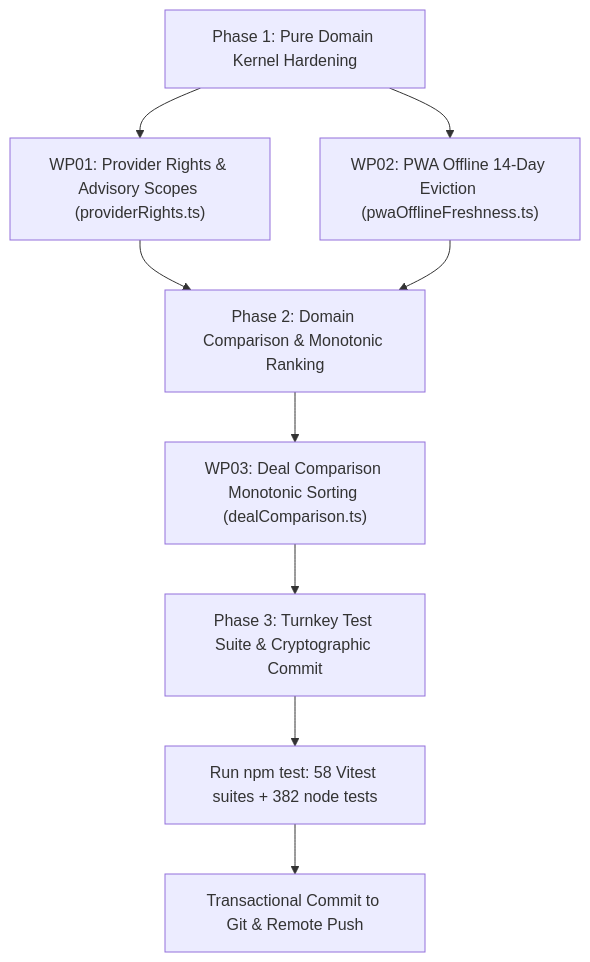
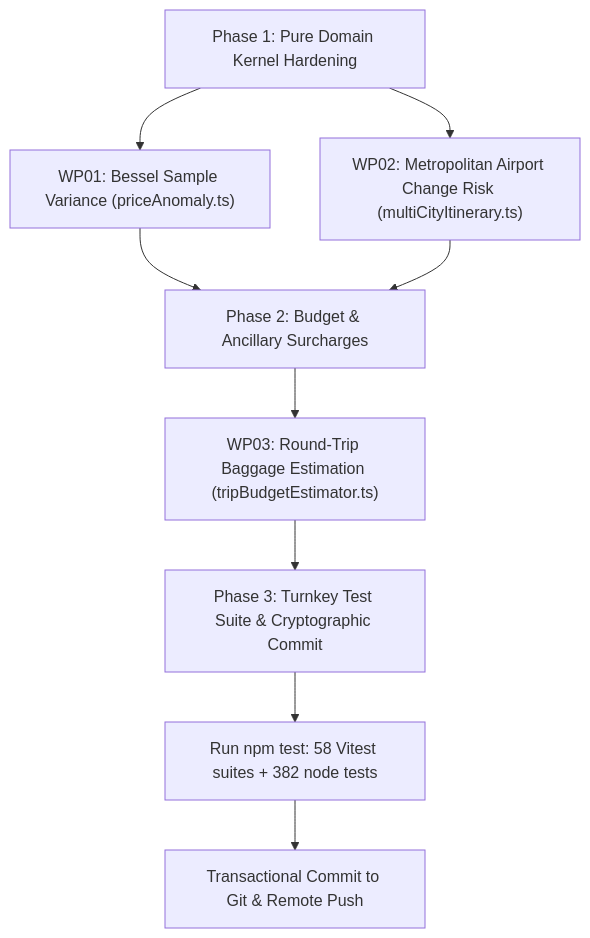
Before and after one commit to manhtx/Sanvemaybay: the diagram in docs/convergence/g11/G4_FULL_MASTER_GOAL.md, drawn with Mermaid. The commit also changed other lines of this file and 21 other files, not shown here.

````diff
--- a/docs/convergence/g11/G4_FULL_MASTER_GOAL.md
+++ b/docs/convergence/g11/G4_FULL_MASTER_GOAL.md
@@ -158,20 +158,20 @@
 ```mermaid
 flowchart TD
   Phase1["Phase 1: Pure Domain Kernel Hardening"]
-  WP01["WP01: Provider Rights & Advisory Scopes (providerRights.ts)"]
-  WP02["WP02: PWA Offline 14-Day Eviction (pwaOfflineFreshness.ts)"]
-  Phase2["Phase 2: Domain Comparison & Monotonic Ranking"]
-  WP03["WP03: Deal Comparison Monotonic Sorting (dealComparison.ts)"]
+  WP01["WP01: Bessel Sample Variance (priceAnomaly.ts)"]
+  WP02["WP02: Metropolitan Airport Change Risk (multiCityItinerary.ts)"]
+  Phase2["Phase 2: Budget & Ancillary Surcharges"]
+  WP03["WP03: Round-Trip Baggage Estimation (tripBudgetEstimator.ts)"]
   Phase3["Phase 3: Turnkey Test Suite & Cryptographic Commit"]
   Verification["Run npm test: 58 Vitest suites + 382 node tests"]
   Commit["Transactional Commit to Git & Remote Push"]
 
   Phase1 --> WP01
   Phase1 --> WP02
   WP01 --> Phase2
   WP02 --> Phase2
   Phase2 --> WP03
   WP03 --> Phase3
   Phase3 --> Verification
   Verification --> Commit
 ```
````
